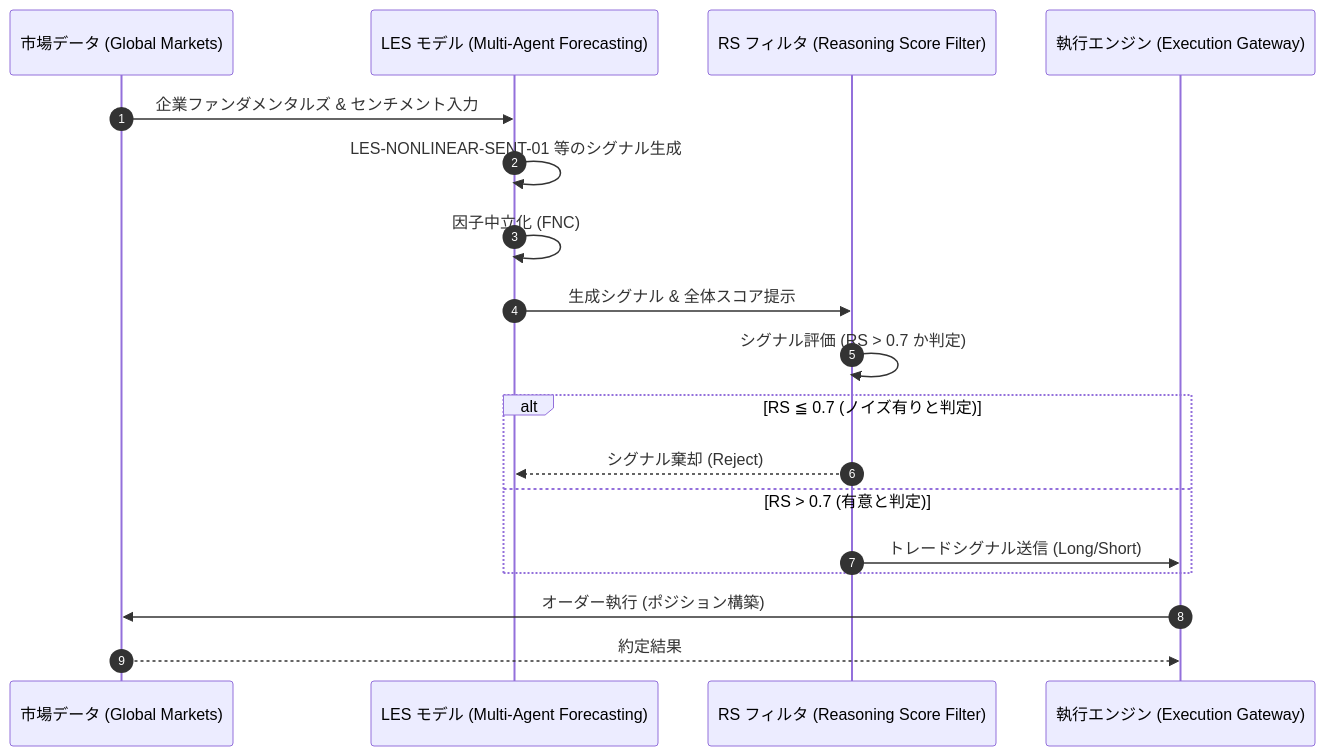
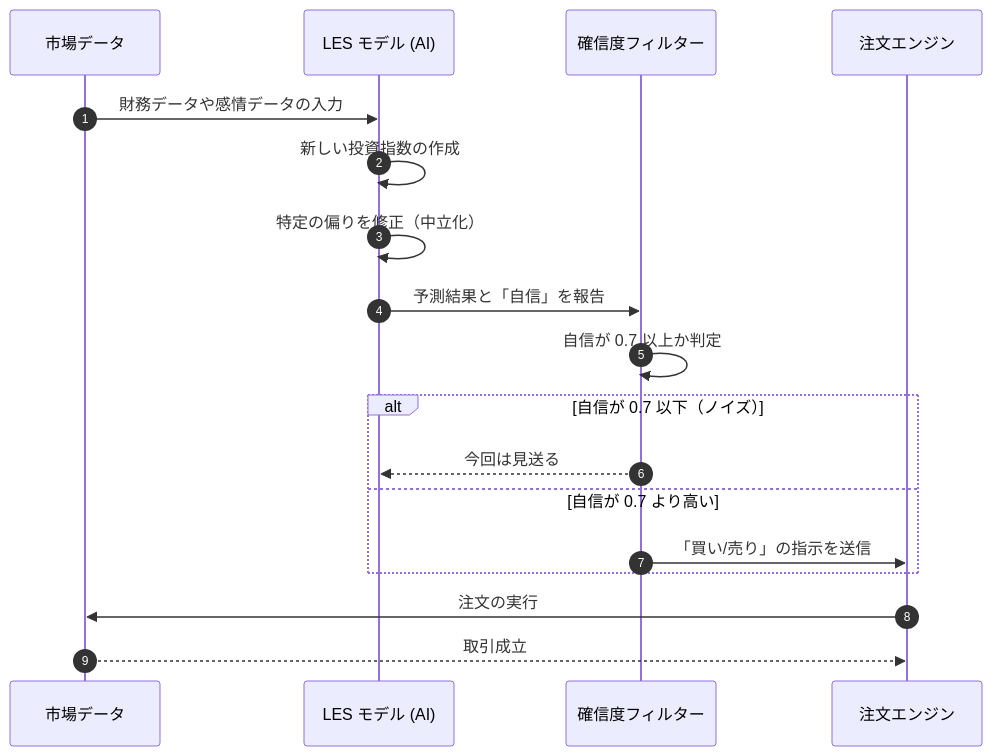
The diagram in docs/arxiv/20260223_les_validation.md (KAFKA2306/investor), drawn with Mermaid before and after one commit. The commit also changed other lines of this file and 19 other files, not shown here.

````diff
--- a/docs/arxiv/20260223_les_validation.md
+++ b/docs/arxiv/20260223_les_validation.md
@@ -32,21 +28,21 @@
 ```mermaid
 sequenceDiagram
     autonumber
-    participant Market as 市場データ (Global Markets)
-    participant Model as LES モデル (Multi-Agent Forecasting)
-    participant RSFilter as RS フィルタ (Reasoning Score Filter)
-    participant Exec as 執行エンジン (Execution Gateway)
+    participant Market as 市場データ
+    participant Model as LES モデル (AI)
+    participant RSFilter as 確信度フィルター
+    participant Exec as 注文エンジン
 
-    Market->>Model: 企業ファンダメンタルズ & センチメント入力
-    Model->>Model: LES-NONLINEAR-SENT-01 等のシグナル生成
-    Model->>Model: 因子中立化 (FNC)
-    Model->>RSFilter: 生成シグナル & 全体スコア提示
-    RSFilter->>RSFilter: シグナル評価 (RS > 0.7 か判定)
-    alt RS ≦ 0.7 (ノイズ有りと判定)
-        RSFilter-->>Model: シグナル棄却 (Reject)
-    else RS > 0.7 (有意と判定)
-        RSFilter->>Exec: トレードシグナル送信 (Long/Short)
+    Market->>Model: 財務データや感情データの入力
+    Model->>Model: 新しい投資指数の作成
+    Model->>Model: 特定の偏りを修正（中立化）
+    Model->>RSFilter: 予測結果と「自信」を報告
+    RSFilter->>RSFilter: 自信が 0.7 以上か判定
+    alt 自信が 0.7 以下（ノイズ）
+        RSFilter-->>Model: 今回は見送る
+    else 自信が 0.7 より高い
+        RSFilter->>Exec: 「買い/売り」の指示を送信
     end
-    Exec->>Market: オーダー執行 (ポジション構築)
-    Market-->>Exec: 約定結果
+    Exec->>Market: 注文の実行
+    Market-->>Exec: 取引成立
 ```
````
